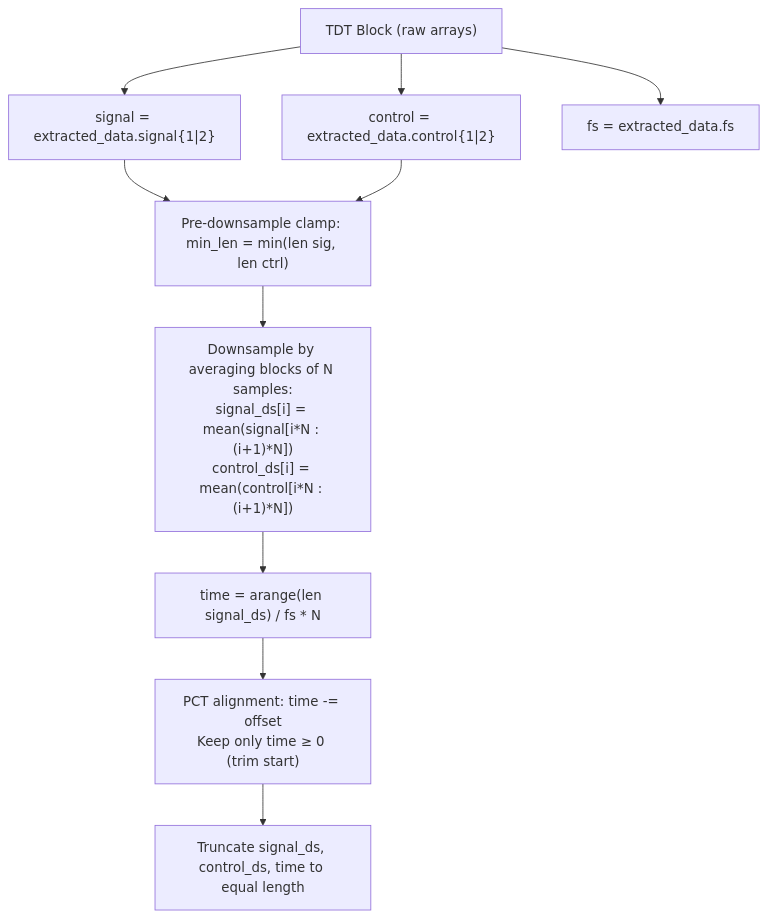
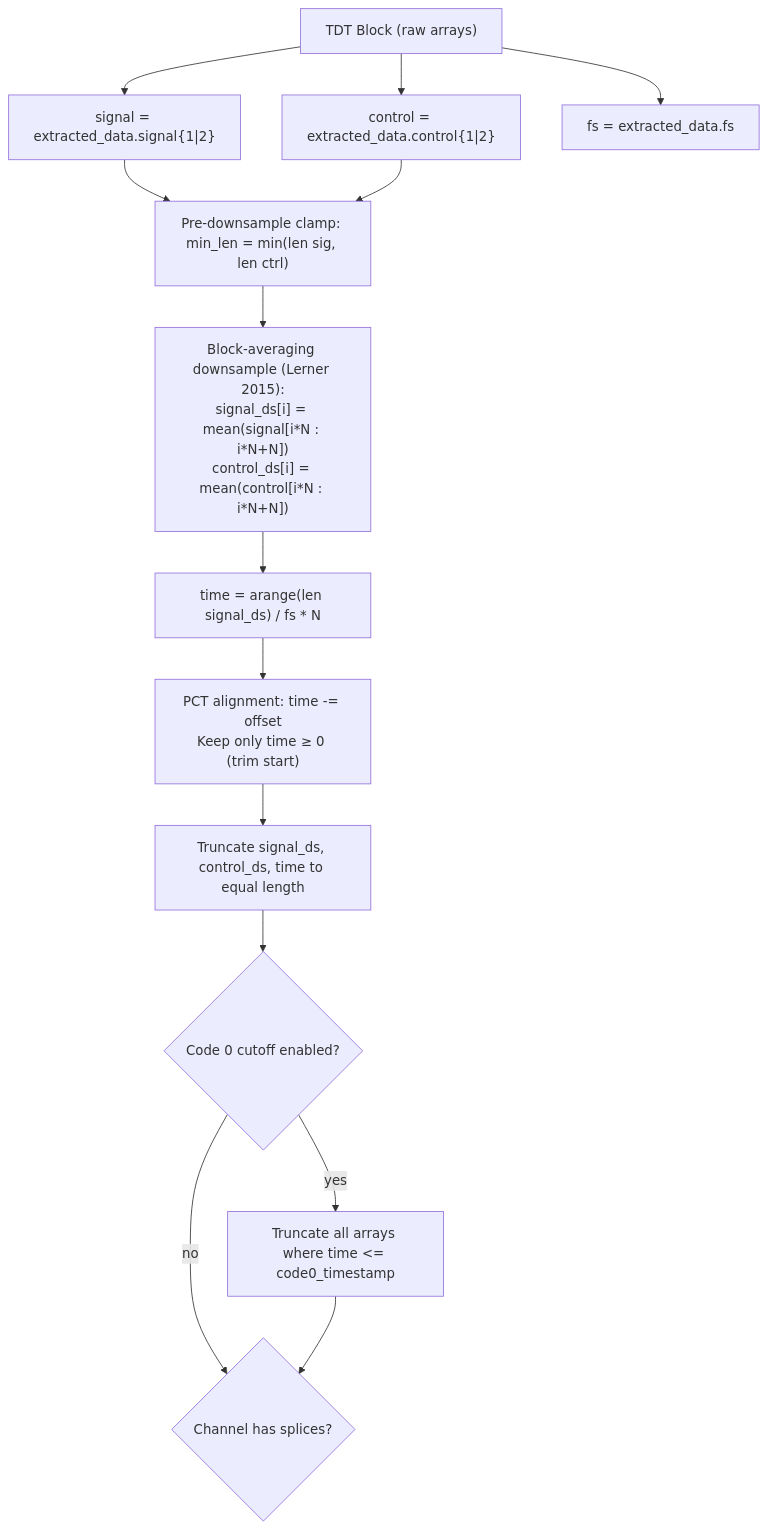
The second of 14 diagrams in data_processing audit.md (ParekhLabUTD/fiberGrapher), drawn with Mermaid before and after one commit. The commit also changed other lines of this file and 4 other files, not shown here.

Commit message:
udpated downsampling method to make consistent across tabs, added ability to cut off signal and contrl at code 0, added abitlity to pick epoch cutoff per session for tab 4, Added ability to extract individual npy for df/f and zscored df/f

````diff
--- a/data_processing audit.md
+++ b/data_processing audit.md
@@ -34,12 +60,16 @@
 ```mermaid
 graph TD
     A["TDT Block (raw arrays)"] --> A1["signal = extracted_data.signal{1|2}"]
     A --> A2["control = extracted_data.control{1|2}"]
     A --> A3["fs = extracted_data.fs"]
     A1 --> B["Pre-downsample clamp: min_len = min(len sig, len ctrl)"]
     A2 --> B
-    B --> C["Downsample by averaging blocks of N samples:<br/>signal_ds[i] = mean(signal[i*N : (i+1)*N])<br/>control_ds[i] = mean(control[i*N : (i+1)*N])"]
+    B --> C["Block-averaging downsample (Lerner 2015):<br/>signal_ds[i] = mean(signal[i*N : i*N+N])<br/>control_ds[i] = mean(control[i*N : i*N+N])"]
     C --> D["time = arange(len signal_ds) / fs * N"]
     D --> E["PCT alignment: time -= offset<br/>Keep only time ≥ 0 (trim start)"]
     E --> F["Truncate signal_ds, control_ds, time to equal length"]
+    F --> F2{"Code 0 cutoff enabled?"}
+    F2 -->|yes| F3["Truncate all arrays where time <= code0_timestamp"]
+    F2 -->|no| G
+    F3 --> G{"Channel has splices?"}
 ```
````
